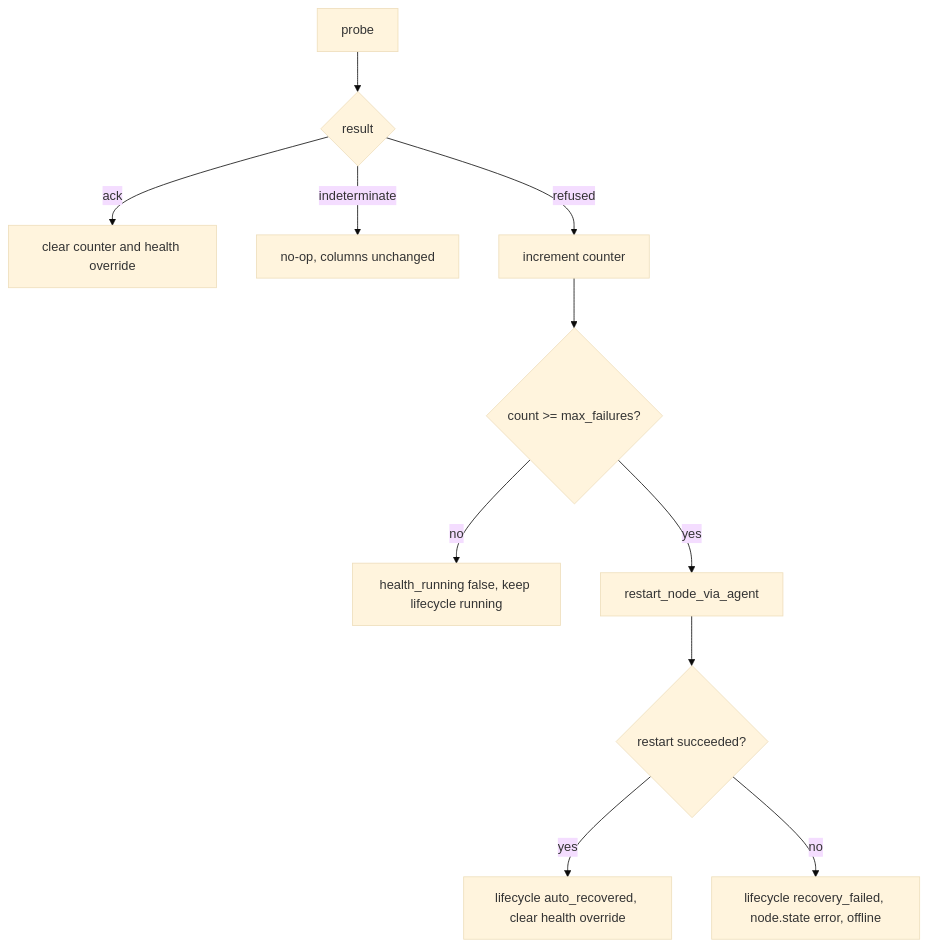
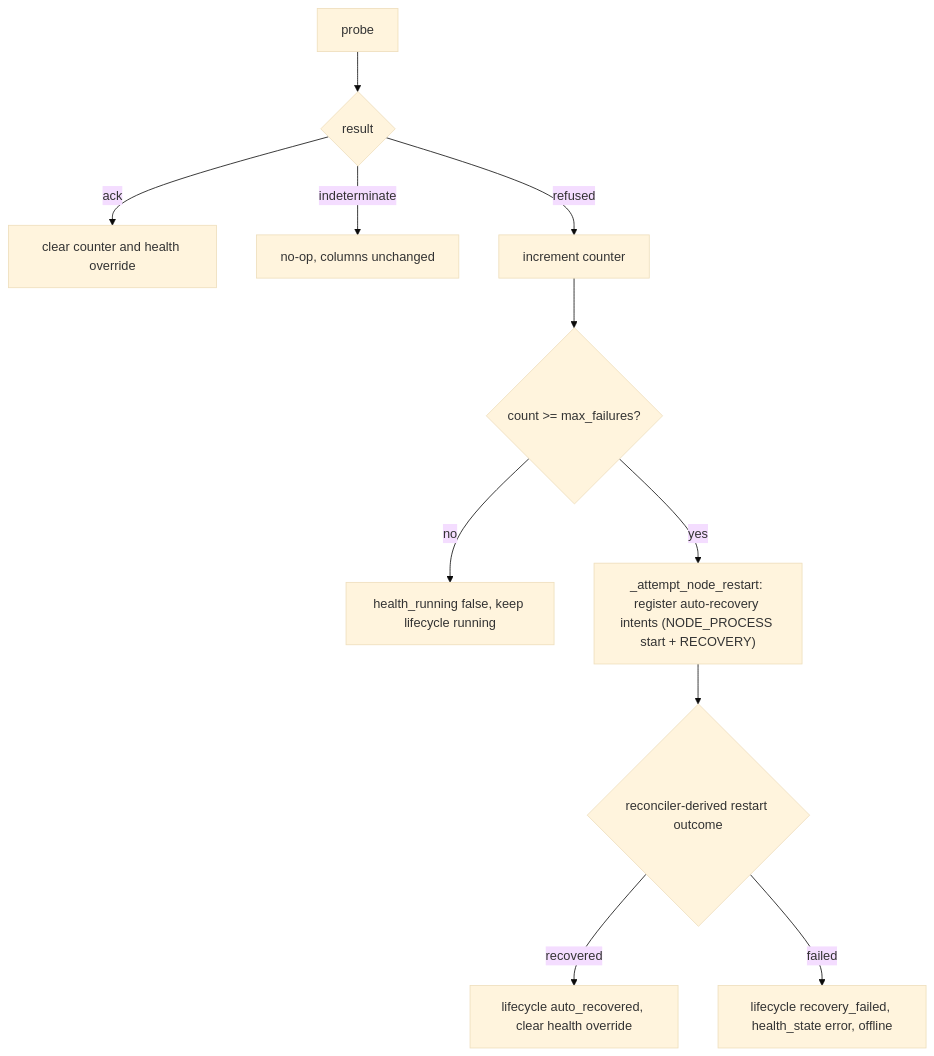
The second of 2 diagrams in docs/design/03-health-and-reconciliation.md (quidow/gridfleet), drawn with Mermaid (base theme) before and after one commit. The commit also changed other lines of this file and 58 other files, not shown here.

````diff
--- a/docs/design/03-health-and-reconciliation.md
+++ b/docs/design/03-health-and-reconciliation.md
@@ -157,13 +160,13 @@
 ```mermaid
 flowchart TD
     A["probe"] --> B{"result"}
     B -- ack --> C["clear counter and health override"]
     B -- indeterminate --> D["no-op, columns unchanged"]
     B -- refused --> E["increment counter"]
     E --> F{"count >= max_failures?"}
     F -- no --> G["health_running false, keep lifecycle running"]
-    F -- yes --> J["restart_node_via_agent"]
-    J --> K{"restart succeeded?"}
-    K -- yes --> L["lifecycle auto_recovered, clear health override"]
-    K -- no --> M["lifecycle recovery_failed, node.state error, offline"]
+    F -- yes --> J["_attempt_node_restart: register auto-recovery intents (NODE_PROCESS start + RECOVERY)"]
+    J --> K{"reconciler-derived restart outcome"}
+    K -- recovered --> L["lifecycle auto_recovered, clear health override"]
+    K -- failed --> M["lifecycle recovery_failed, health_state error, offline"]
 ```
````
